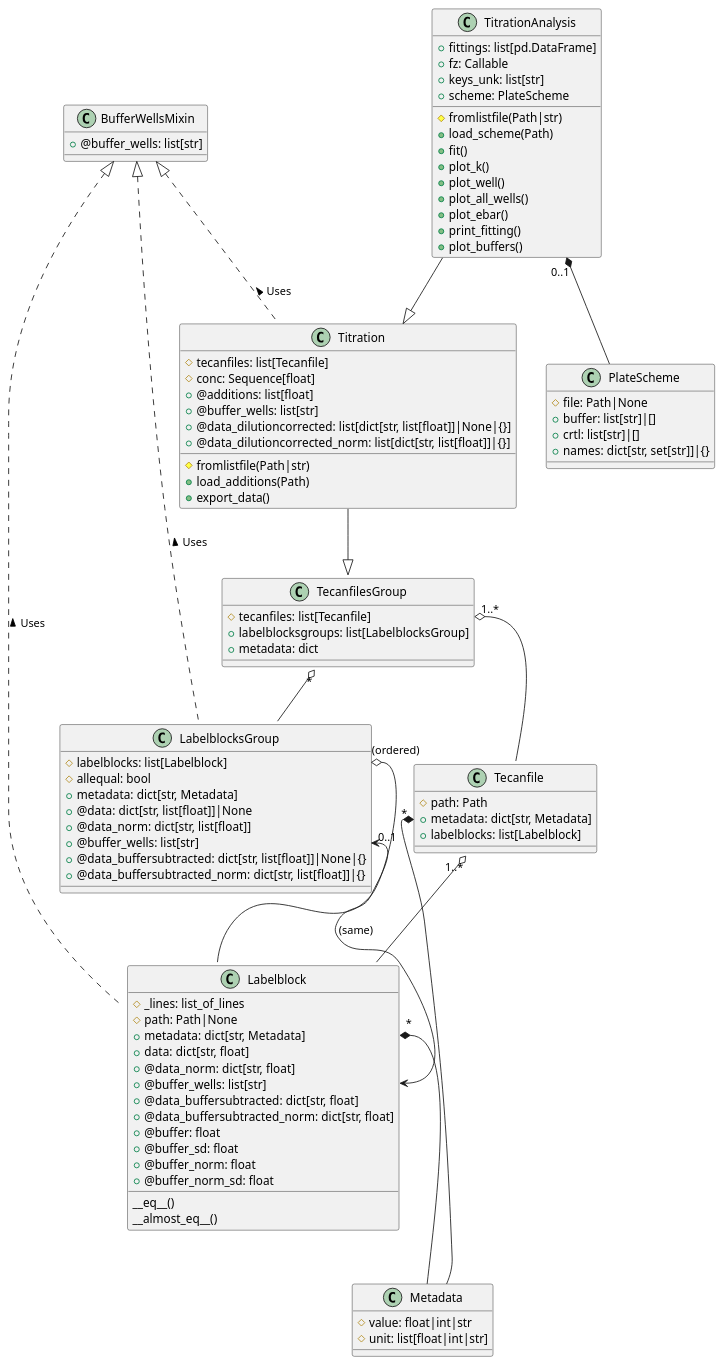
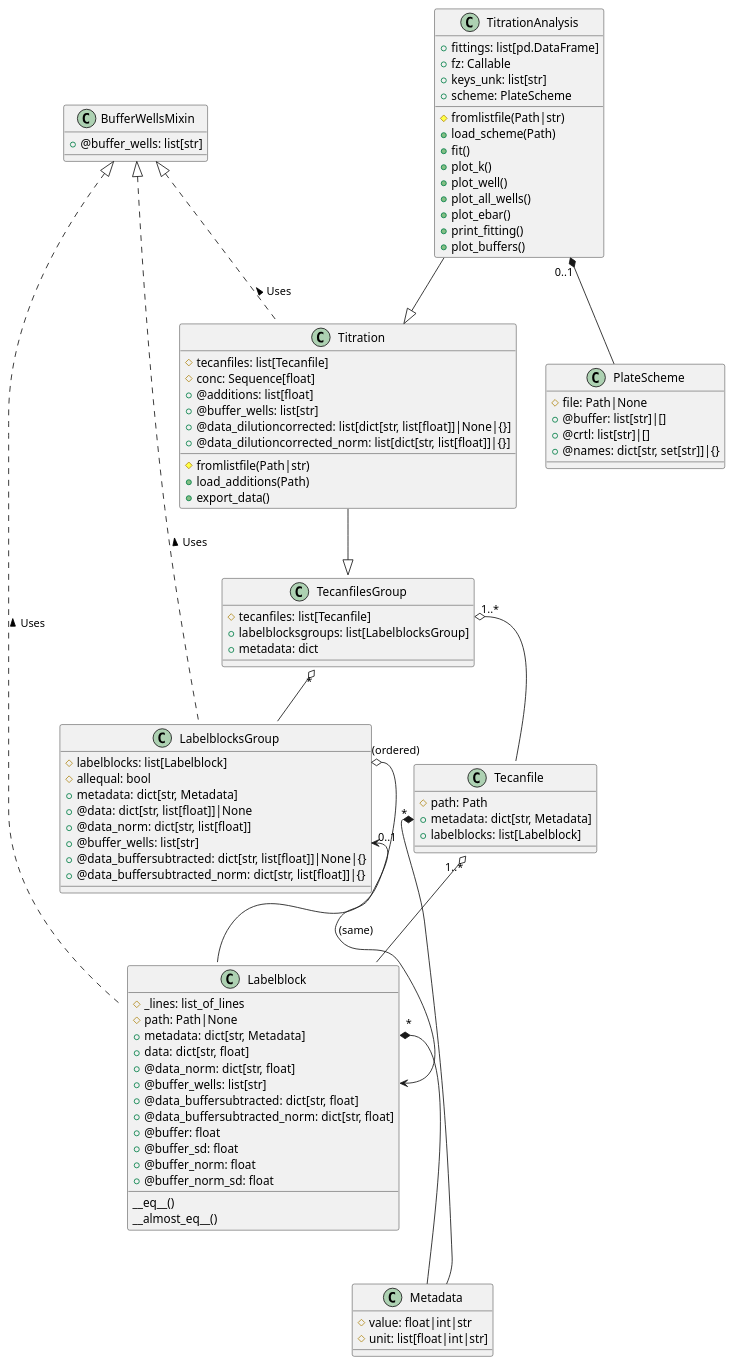
The diagram in docs/references/prtecan.uml.rst (darosio/ClopHfit), drawn with PlantUML before and after one commit. The commit also changed 1 other file, not shown here.

Commit message:
feat(prtecan): PlateScheme uses properties and type checking validation

```diff
--- a/docs/references/prtecan.uml.rst
+++ b/docs/references/prtecan.uml.rst
@@ -80,9 +80,9 @@
 
    class PlateScheme{
      #file: Path|None
-	 +buffer: list[str]|[]
-	 +crtl: list[str]|[]
-	 +names: dict[str, set[str]]|{}
+	 +@buffer: list[str]|[]
+	 +@crtl: list[str]|[]
+	 +@names: dict[str, set[str]]|{}
    }
 
    class TitrationAnalysis{
```
